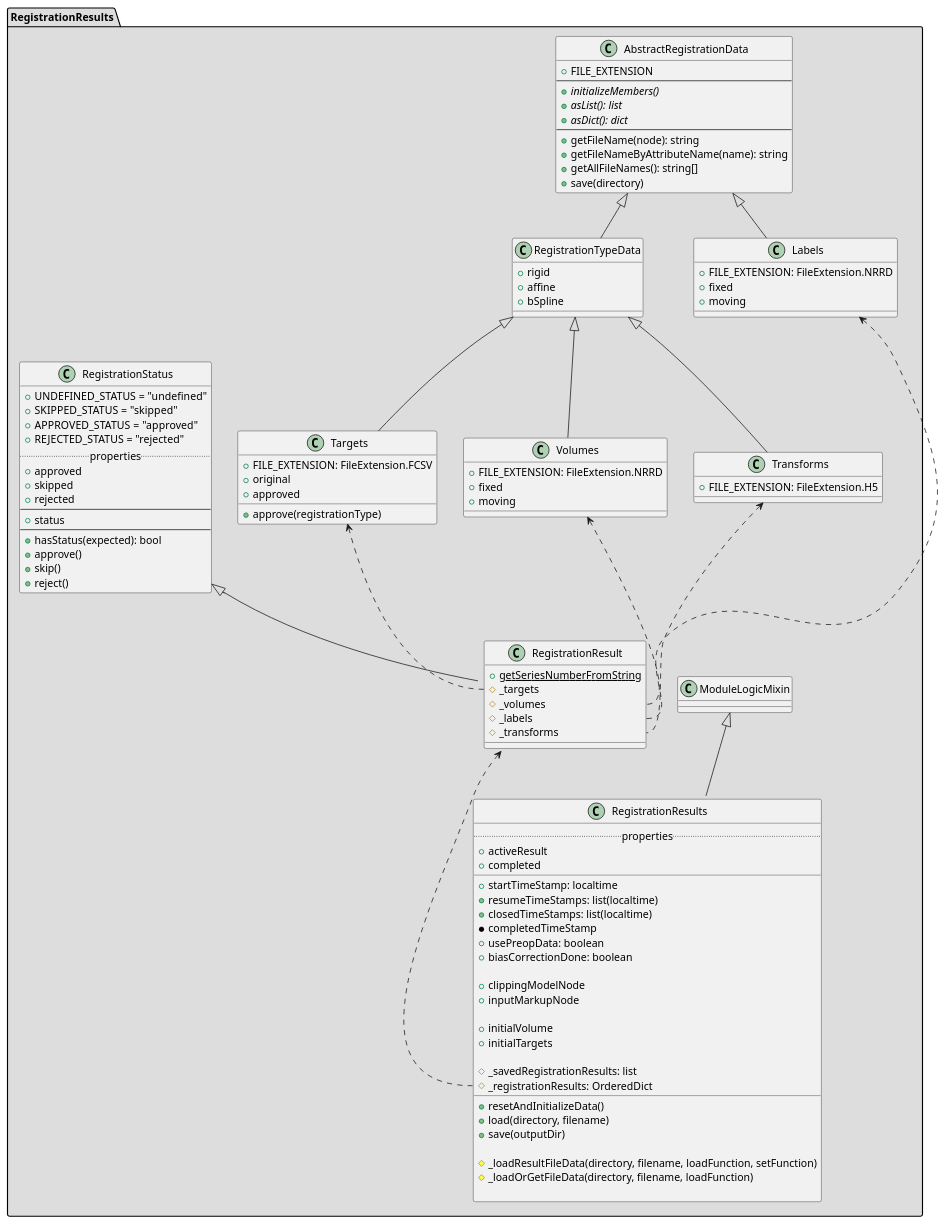
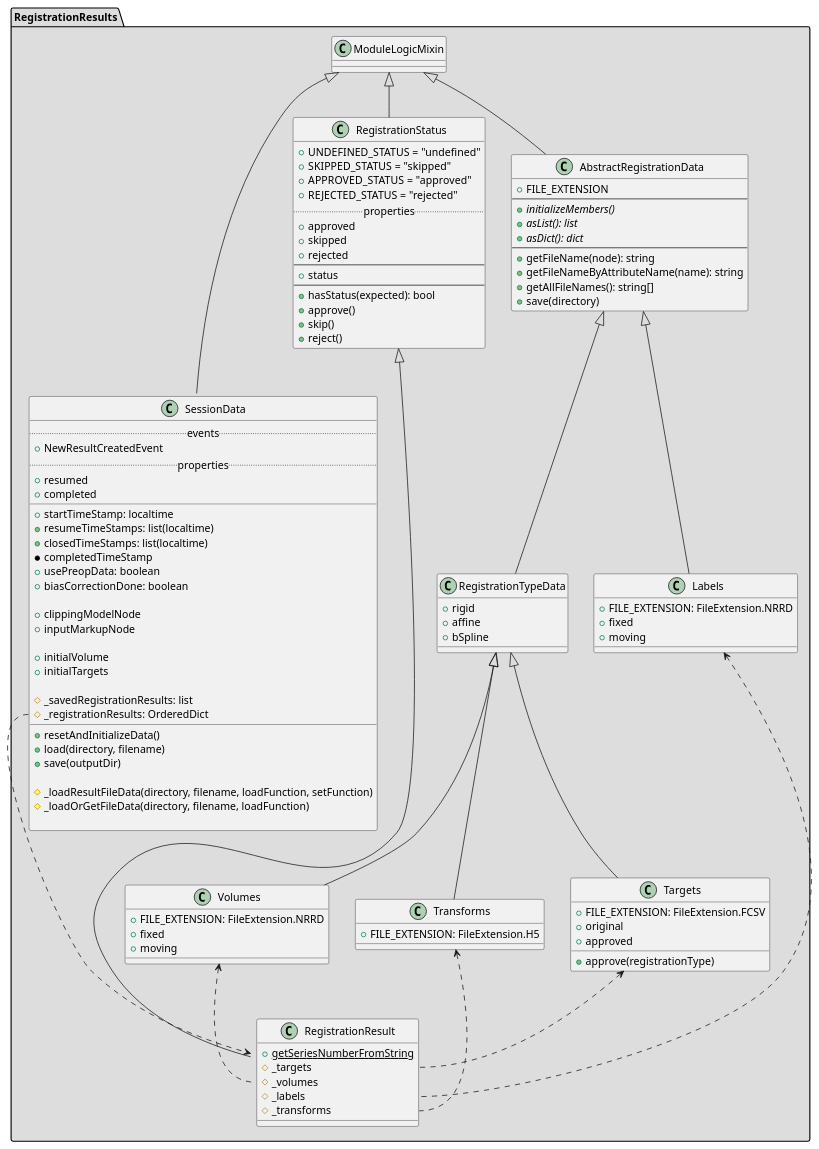
Before and after one commit to SlicerProstate/SliceTracker: the diagram in puml/RegistrationResults.puml, drawn with PlantUML. The commit also changed 5 other files, not shown here.

```diff
--- a/puml/RegistrationResults.puml
+++ b/puml/RegistrationResults.puml
@@ -1,122 +1,128 @@
 @startuml
 
 package "RegistrationResults" #DDDDDD {
 
-  class RegistrationResults {
+  class SessionData {
+    .. events ..
+    + NewResultCreatedEvent
     .. properties ..
-    + activeResult
+    + resumed
     + completed
     __
     + startTimeStamp: localtime
     + resumeTimeStamps: list(localtime)
     + closedTimeStamps: list(localtime)
     * completedTimeStamp
     + usePreopData: boolean
     + biasCorrectionDone: boolean
 
     + clippingModelNode
     + inputMarkupNode
 
     + initialVolume
     + initialTargets
 
     # _savedRegistrationResults: list
     # _registrationResults: OrderedDict
     __
     + resetAndInitializeData()
     + load(directory, filename)
     + save(outputDir)
 
     # _loadResultFileData(directory, filename, loadFunction, setFunction)
     # _loadOrGetFileData(directory, filename, loadFunction)
 
   }
 
-  ModuleLogicMixin <|-- RegistrationResults
+  ModuleLogicMixin <|-- SessionData
 
   class RegistrationStatus {
     + UNDEFINED_STATUS = "undefined"
     + SKIPPED_STATUS = "skipped"
     + APPROVED_STATUS = "approved"
     + REJECTED_STATUS = "rejected"
     .. properties ..
     + approved
     + skipped
     + rejected
     --
     + status
     --
     + hasStatus(expected): bool
     + approve()
     + skip()
     + reject()
   }
+
+  ModuleLogicMixin <|-- RegistrationStatus
+
 
   class RegistrationResult {
     + {static} getSeriesNumberFromString
     # _targets
     # _volumes
     # _labels
     # _transforms
   }
 
   RegistrationStatus <|-- RegistrationResult
 
   class AbstractRegistrationData {
     + FILE_EXTENSION
     --
     + {abstract} initializeMembers()
     + {abstract} asList(): list
     + {abstract} asDict(): dict
     --
     + getFileName(node): string
     + getFileNameByAttributeName(name): string
     + getAllFileNames(): string[]
     + save(directory)
   }
 
+  ModuleLogicMixin <|-- AbstractRegistrationData
   AbstractRegistrationData <|-- RegistrationTypeData
 
   class RegistrationTypeData {
     + rigid
     + affine
     + bSpline
   }
 
   class Labels {
     + FILE_EXTENSION: FileExtension.NRRD
     + fixed
     + moving
   }
 
   class Volumes {
     + FILE_EXTENSION: FileExtension.NRRD
     + fixed
     + moving
   }
 
   class Transforms {
     + FILE_EXTENSION: FileExtension.H5
   }
 
   class Targets {
     + FILE_EXTENSION: FileExtension.FCSV
     + original
     + approved
     + approve(registrationType)
   }
 
   AbstractRegistrationData <|-- Labels
   RegistrationTypeData <|-- Volumes
   RegistrationTypeData <|-- Transforms
   RegistrationTypeData <|-- Targets
 
   Volumes <.. RegistrationResult::_volumes
   Targets <.. RegistrationResult::_targets
   Labels <.. RegistrationResult::_labels
   Transforms <.. RegistrationResult::_transforms
 
-  RegistrationResult <.. RegistrationResults::_registrationResults
+  SessionData::_registrationResults ..> RegistrationResult
 }
 
 @enduml
```
